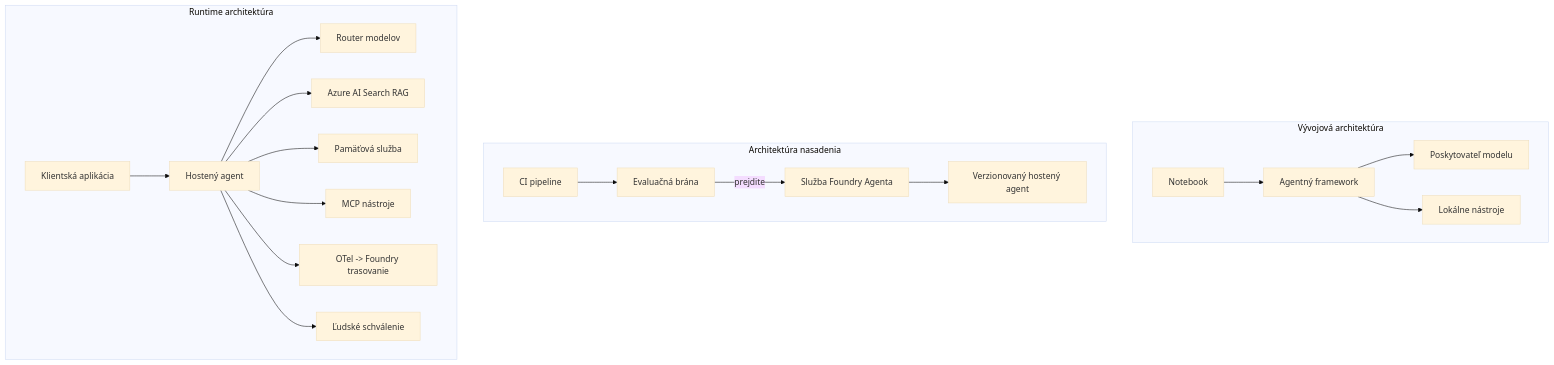
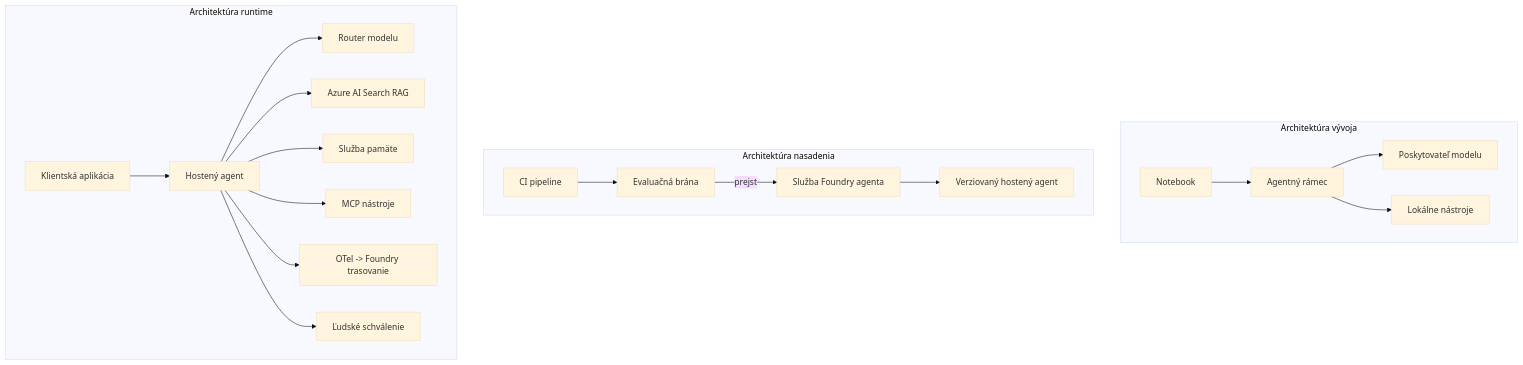
Before and after one commit to gabrielmoreira/agent-skills-mirror: the fourth of 4 diagrams in mirrors/repos/microsoft@ai-agents-for-beginners/translations/sk/16-deploying-scalable-agents/README.md, drawn with Mermaid (base theme). The commit also changed other lines of this file and 3581 other files, not shown here.

````diff
--- a/mirrors/repos/microsoft@ai-agents-for-beginners/translations/sk/16-deploying-scalable-agents/README.md
+++ b/mirrors/repos/microsoft@ai-agents-for-beginners/translations/sk/16-deploying-scalable-agents/README.md
@@ -185,22 +185,22 @@
 ```mermaid
 flowchart TB
-    subgraph Dev[Vývojová architektúra]
-        D1[Notebook] --> D2[Agentný framework]
+    subgraph Dev[Architektúra vývoja]
+        D1[Notebook] --> D2[Agentný rámec]
         D2 --> D3[Poskytovateľ modelu]
         D2 --> D4[Lokálne nástroje]
     end
     subgraph Deploy[Architektúra nasadenia]
         E1[CI pipeline] --> E2[Evaluačná brána]
-        E2 -->|prejdite| E3[Služba Foundry Agenta]
-        E3 --> E4[Verzionovaný hostený agent]
+        E2 -->|prejsť| E3[Služba Foundry agenta]
+        E3 --> E4[Verziovaný hostený agent]
     end
-    subgraph Run[Runtime architektúra]
+    subgraph Run[Architektúra runtime]
         F1[Klientská aplikácia] --> F2[Hostený agent]
-        F2 --> F3[Router modelov]
+        F2 --> F3[Router modelu]
         F2 --> F4[Azure AI Search RAG]
-        F2 --> F5[Pamäťová služba]
+        F2 --> F5[Služba pamäte]
         F2 --> F6[MCP nástroje]
         F2 --> F7[OTel -> Foundry trasovanie]
         F2 --> F8[Ľudské schválenie]
     end
 ```
````
